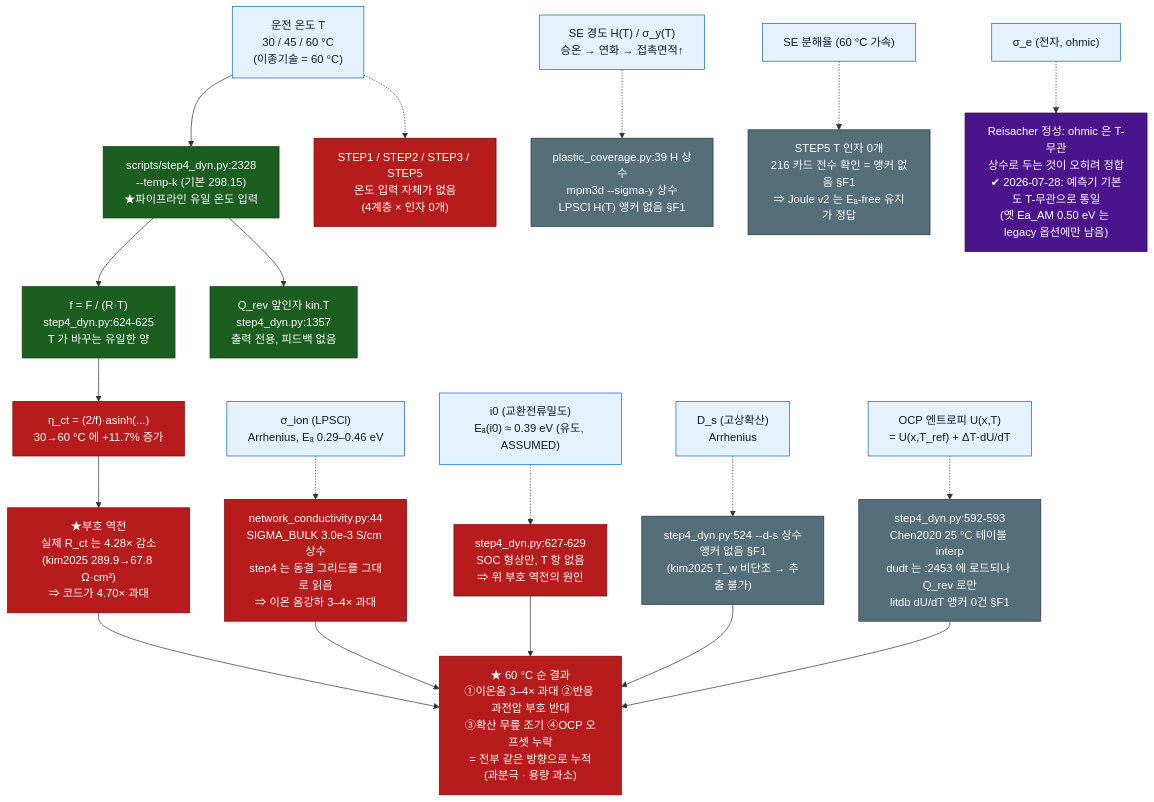
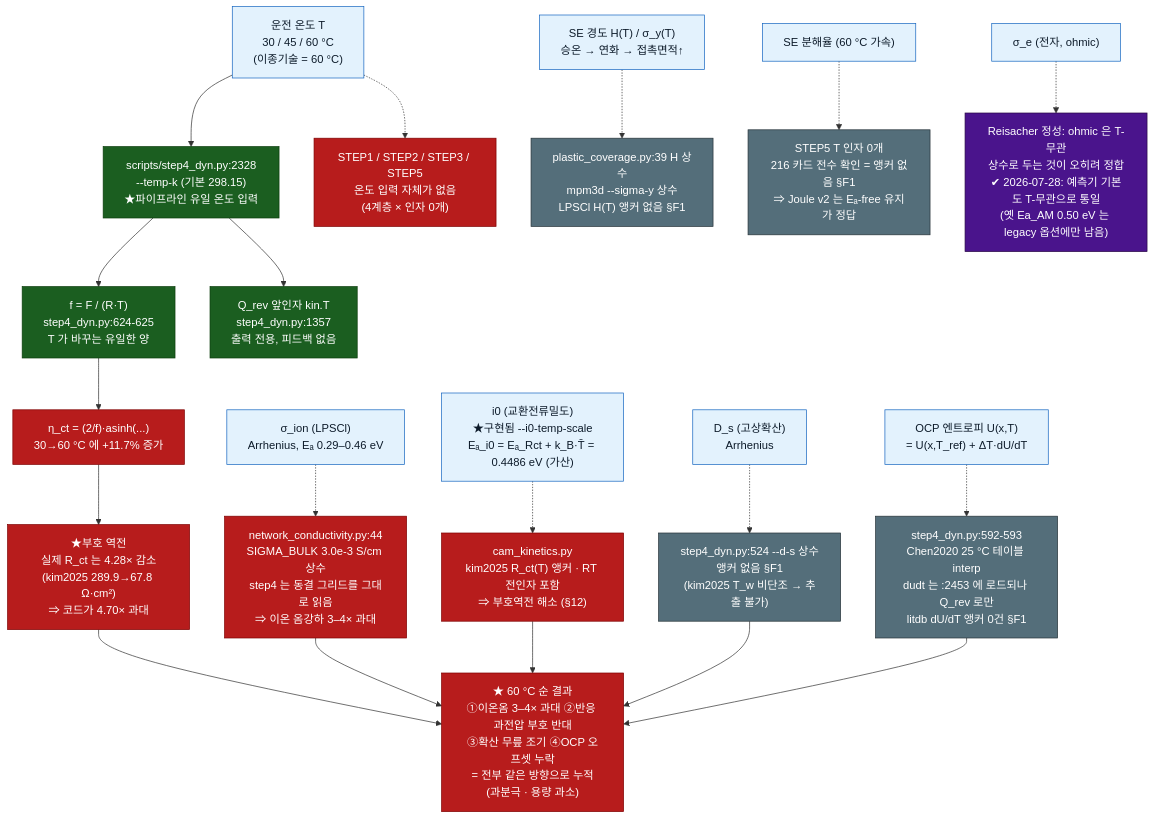
The diagram in docs/temp_pressure_capability.md (yonghoon7153-source/Yonghoon-DEM-DFT), drawn with Mermaid before and after one commit. The commit also changed other lines of this file and 7 other files, not shown here.

````diff
--- a/docs/temp_pressure_capability.md
+++ b/docs/temp_pressure_capability.md
@@ -206,39 +208,39 @@
 ```mermaid
 flowchart TD
     T["운전 온도 T<br/>30 / 45 / 60 °C<br/>(이종기술 = 60 °C)"]
 
     T --> CLI["scripts/step4_dyn.py:2328<br/>--temp-k (기본 298.15)<br/>★파이프라인 유일 온도 입력"]
     T -.-> NOIN["STEP1 / STEP2 / STEP3 / STEP5<br/>온도 입력 자체가 없음<br/>(4계층 × 인자 0개)"]
 
     CLI --> F["f = F / (R·T)<br/>step4_dyn.py:624-625<br/>T 가 바꾸는 유일한 양"]
     CLI --> QREV["Q_rev 앞인자 kin.T<br/>step4_dyn.py:1357<br/>출력 전용, 피드백 없음"]
 
     F --> ETA["η_ct = (2/f)·asinh(...)<br/>30→60 °C 에 +11.7% 증가"]
     ETA --> BAD["★부호 역전<br/>실제 R_ct 는 4.28× 감소<br/>(kim2025 289.9→67.8 Ω·cm²)<br/>⇒ 코드가 4.70× 과대"]
 
     SIG["σ_ion (LPSCl)<br/>Arrhenius, Eₐ 0.29–0.46 eV"] -.-> CUT1["network_conductivity.py:44<br/>SIGMA_BULK 3.0e-3 S/cm 상수<br/>step4 는 동결 그리드를 그대로 읽음<br/>⇒ 이온 옴강하 3–4× 과대"]
-    I0["i0 (교환전류밀도)<br/>Eₐ(i0) ≈ 0.39 eV (유도, ASSUMED)"] -.-> CUT2["step4_dyn.py:627-629<br/>SOC 형상만, T 항 없음<br/>⇒ 위 부호 역전의 원인"]
+    I0["i0 (교환전류밀도)<br/>★구현됨 --i0-temp-scale<br/>Eₐ_i0 = Eₐ_Rct + k_B·T̄ = 0.4486 eV (가산)"] -.-> CUT2["cam_kinetics.py<br/>kim2025 R_ct(T) 앵커 · RT 전인자 포함<br/>⇒ 부호역전 해소 (§12)"]
     DS["D_s (고상확산)<br/>Arrhenius"] -.-> CUT3["step4_dyn.py:524 --d-s 상수<br/>앵커 없음 §F1<br/>(kim2025 T_w 비단조 → 추출 불가)"]
     OCP["OCP 엔트로피 U(x,T)<br/>= U(x,T_ref) + ΔT·dU/dT"] -.-> CUT4["step4_dyn.py:592-593<br/>Chen2020 25 °C 테이블 interp<br/>dudt 는 :2453 에 로드되나 Q_rev 로만<br/>litdb dU/dT 앵커 0건 §F1"]
     HSE["SE 경도 H(T) / σ_y(T)<br/>승온 → 연화 → 접촉면적↑"] -.-> CUT5["plastic_coverage.py:39 H 상수<br/>mpm3d --sigma-y 상수<br/>LPSCl H(T) 앵커 없음 §F1"]
     DEG["SE 분해율 (60 °C 가속)"] -.-> CUT6["STEP5 T 인자 0개<br/>216 카드 전수 확인 = 앵커 없음 §F1<br/>⇒ Joule v2 는 Eₐ-free 유지가 정답"]
     SIGE["σ_e (전자, ohmic)"] -.-> OKISH["Reisacher 정성: ohmic 은 T-무관<br/>상수로 두는 것이 오히려 정합<br/>✔ 2026-07-28: 예측기 기본도 T-무관으로 통일<br/>(옛 Ea_AM 0.50 eV 는 legacy 옵션에만 남음)"]
 
     BAD --> SUM["★ 60 °C 순 결과<br/>①이온옴 3–4× 과대 ②반응 과전압 부호 반대<br/>③확산 무릎 조기 ④OCP 오프셋 누락<br/>= 전부 같은 방향으로 누적<br/>(과분극 · 용량 과소)"]
     CUT1 --> SUM
     CUT2 --> SUM
     CUT3 --> SUM
     CUT4 --> SUM
 
     classDef live fill:#1b5e20,stroke:#0b3d0b,color:#ffffff
     classDef broken fill:#b71c1c,stroke:#7f0000,color:#ffffff
     classDef noanchor fill:#546e7a,stroke:#263238,color:#ffffff
     classDef neutral fill:#4a148c,stroke:#2a0845,color:#ffffff
     classDef src fill:#e3f2fd,stroke:#1565c0,color:#0d1b2a
 
     class T,SIG,I0,DS,OCP,HSE,DEG,SIGE src
     class CLI,F,QREV live
     class NOIN,CUT1,CUT2,ETA,BAD,SUM broken
     class CUT3,CUT4,CUT5,CUT6 noanchor
     class OKISH neutral
 ```
````
